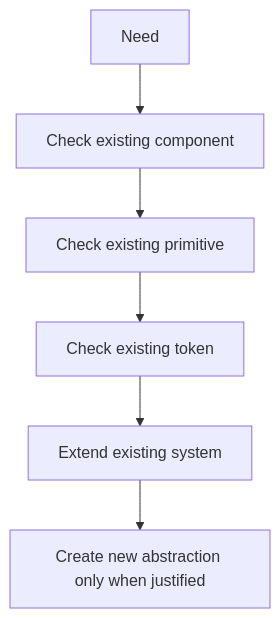
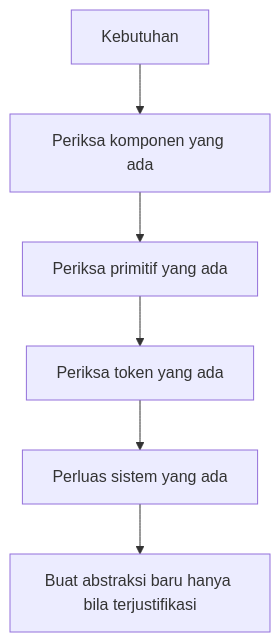
Before and after one commit to D1ZZY4/GetLib-MCP: the tenth of 14 diagrams in .agents/rules/ui-ux.md, drawn with Mermaid. The commit also changed 6 other files, not shown here.

````diff
--- a/.agents/rules/ui-ux.md
+++ b/.agents/rules/ui-ux.md
@@ -1407,8 +1407,8 @@
 ```mermaid
 flowchart TD
-    N["Need"] --> C1["Check existing component"]
-    C1 --> C2["Check existing primitive"]
-    C2 --> C3["Check existing token"]
-    C3 --> E["Extend existing system"]
-    E --> NC["Create new abstraction only when justified"]
+    N["Kebutuhan"] --> C1["Periksa komponen yang ada"]
+    C1 --> C2["Periksa primitif yang ada"]
+    C2 --> C3["Periksa token yang ada"]
+    C3 --> E["Perluas sistem yang ada"]
+    E --> NC["Buat abstraksi baru hanya bila terjustifikasi"]
 ```
````
